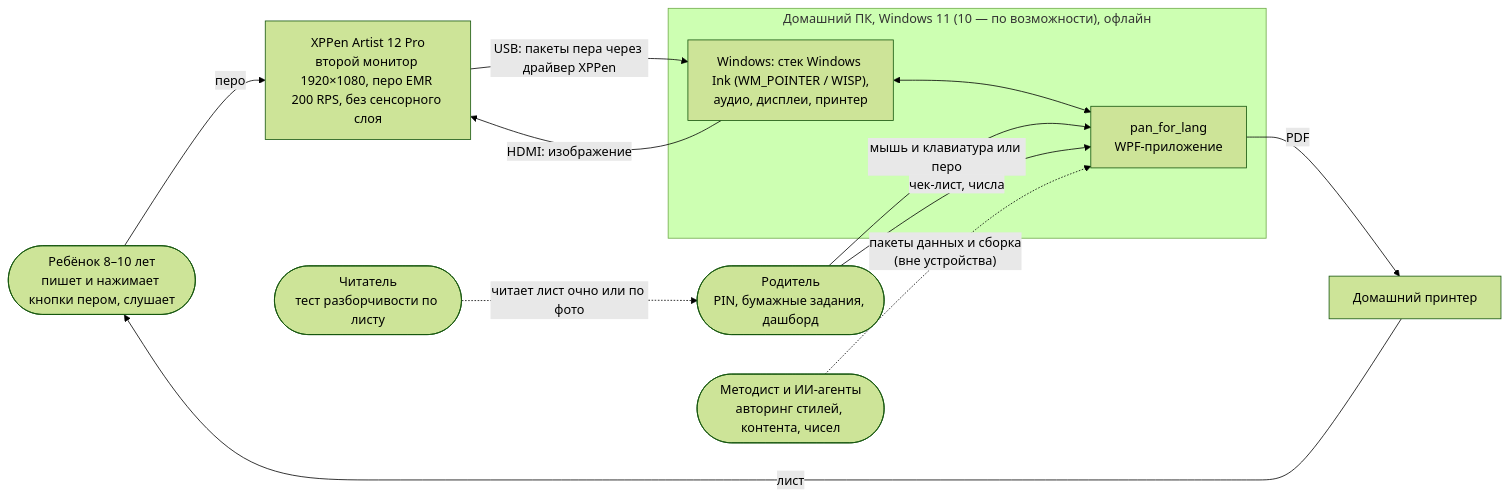
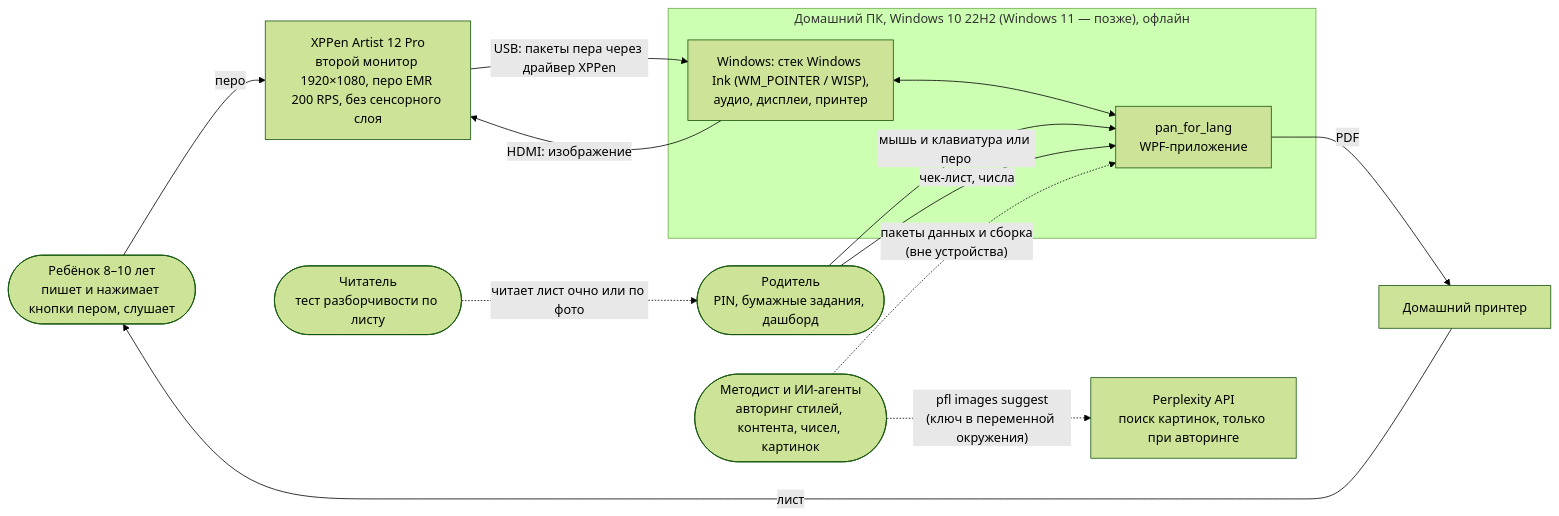
Before and after one commit to alexander-hdl/pan_for_lang: the first of 12 diagrams in docs/ARCHITECTURE.md, drawn with Mermaid (forest theme). The commit also changed other lines of this file and 2 other files, not shown here.

First line of the commit message:
docs: v1.2 - British RP, Windows 10 primary, word images via authoring

````diff
--- a/docs/ARCHITECTURE.md
+++ b/docs/ARCHITECTURE.md
@@ -106,25 +110,27 @@
 ```mermaid
 flowchart LR
     child(["Ребёнок 8–10 лет<br/>пишет и нажимает кнопки пером, слушает"])
     parent(["Родитель<br/>PIN, бумажные задания, дашборд"])
     reader(["Читатель<br/>тест разборчивости по листу"])
-    author(["Методист и ИИ-агенты<br/>авторинг стилей, контента, чисел"])
+    author(["Методист и ИИ-агенты<br/>авторинг стилей, контента, чисел, картинок"])
+    pplx["Perplexity API<br/>поиск картинок, только при авторинге"]
 
-    subgraph pc["Домашний ПК, Windows 11 (10 — по возможности), офлайн"]
+    subgraph pc["Домашний ПК, Windows 10 22H2 (Windows 11 — позже), офлайн"]
         app["pan_for_lang<br/>WPF-приложение"]
         win["Windows: стек Windows Ink (WM_POINTER / WISP),<br/>аудио, дисплеи, принтер"]
     end
     tablet["XPPen Artist 12 Pro<br/>второй монитор 1920×1080, перо EMR 200 RPS, без сенсорного слоя"]
     printer["Домашний принтер"]
 
     child -- "перо" --> tablet
     tablet -- "USB: пакеты пера через драйвер XPPen" --> win
     win -- "HDMI: изображение" --> tablet
     win <--> app
     parent -- "мышь и клавиатура или перо" --> app
     app -- "PDF" --> printer
     printer -- "лист" --> child
     parent -- "чек-лист, числа" --> app
     reader -. "читает лист очно или по фото" .-> parent
     author -. "пакеты данных и сборка<br/>(вне устройства)" .-> app
+    author -. "pfl images suggest<br/>(ключ в переменной окружения)" .-> pplx
 ```
````
